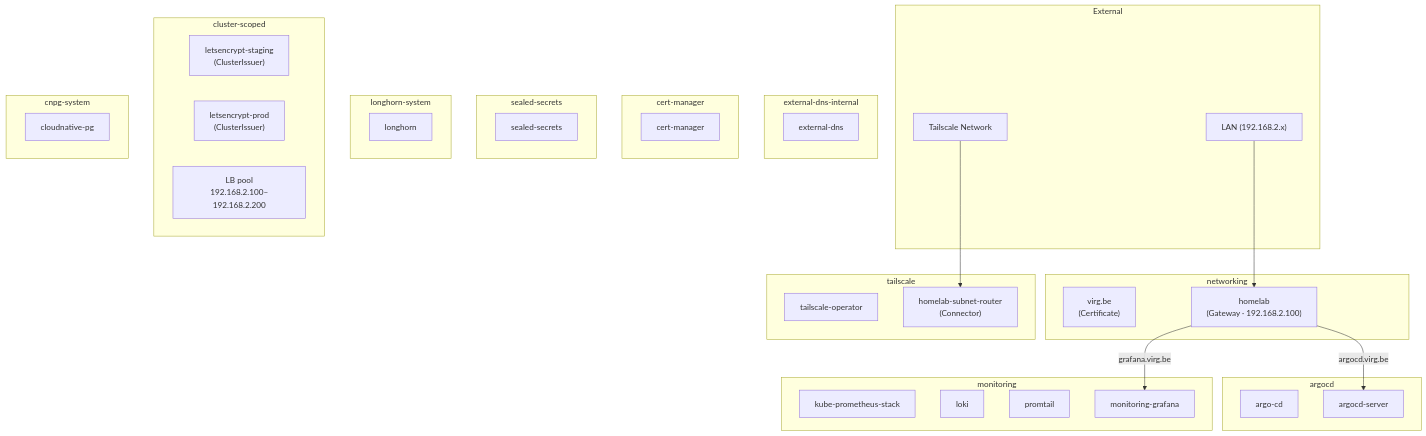
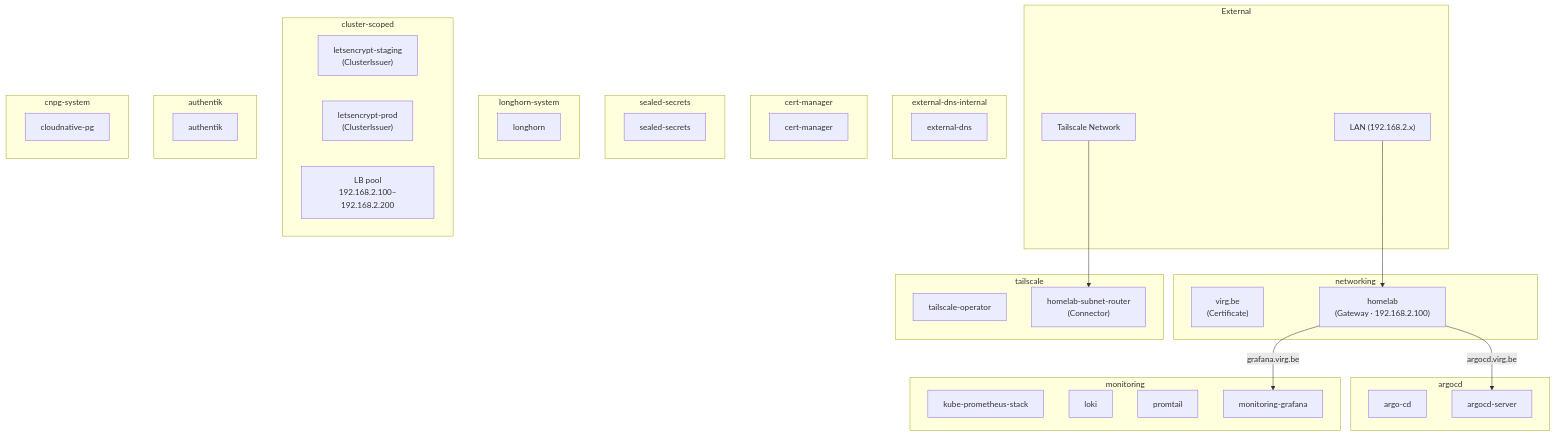
One commit to Virgil-Bulens/homelab changed the diagram in docs/cluster.md. Above: the diagram before and after it, drawn with Mermaid.

Commit message:
docs: regenerate cluster diagram [skip ci]

````diff
--- a/docs/cluster.md
+++ b/docs/cluster.md
@@ -1,49 +1,52 @@
 ```mermaid
 flowchart TD
     subgraph external["External"]
         lan["LAN (192.168.2.x)"]
         ts_net["Tailscale Network"]
     end
     subgraph networking__ns["networking"]
         networking__virg_be_wildcard["virg.be\n(Certificate)"]
         networking__homelab["homelab\n(Gateway · 192.168.2.100)"]
     end
     subgraph argocd__ns["argocd"]
         argocd__argo_cd["argo-cd"]
         argocd__argocd_server["argocd-server"]
     end
     subgraph external_dns_internal__ns["external‑dns‑internal"]
         external_dns_internal__external_dns["external-dns"]
     end
     subgraph cert_manager__ns["cert‑manager"]
         cert_manager__cert_manager["cert-manager"]
     end
     subgraph sealed_secrets__ns["sealed‑secrets"]
         sealed_secrets__sealed_secrets["sealed-secrets"]
     end
     subgraph tailscale__ns["tailscale"]
         tailscale__tailscale_operator["tailscale-operator"]
         tailscale__homelab_subnet_router["homelab-subnet-router\n(Connector)"]
     end
     subgraph longhorn_system__ns["longhorn‑system"]
         longhorn_system__longhorn["longhorn"]
     end
     subgraph monitoring__ns["monitoring"]
         monitoring__kube_prometheus_stack["kube-prometheus-stack"]
         monitoring__loki["loki"]
         monitoring__promtail["promtail"]
         monitoring__monitoring_grafana["monitoring-grafana"]
     end
     subgraph cluster_scoped__ns["cluster‑scoped"]
         cluster_scoped__letsencrypt_staging["letsencrypt-staging\n(ClusterIssuer)"]
         cluster_scoped__letsencrypt_prod["letsencrypt-prod\n(ClusterIssuer)"]
         cluster_scoped__homelab_pool["LB pool\n192.168.2.100–192.168.2.200"]
     end
+    subgraph authentik__ns["authentik"]
+        authentik__authentik["authentik"]
+    end
     subgraph cnpg_system__ns["cnpg‑system"]
         cnpg_system__cloudnative_pg["cloudnative-pg"]
     end
     lan --> networking__homelab
     ts_net --> tailscale__homelab_subnet_router
     networking__homelab -->|"argocd.virg.be"| argocd__argocd_server
     networking__homelab -->|"grafana.virg.be"| monitoring__monitoring_grafana
 ```
````
